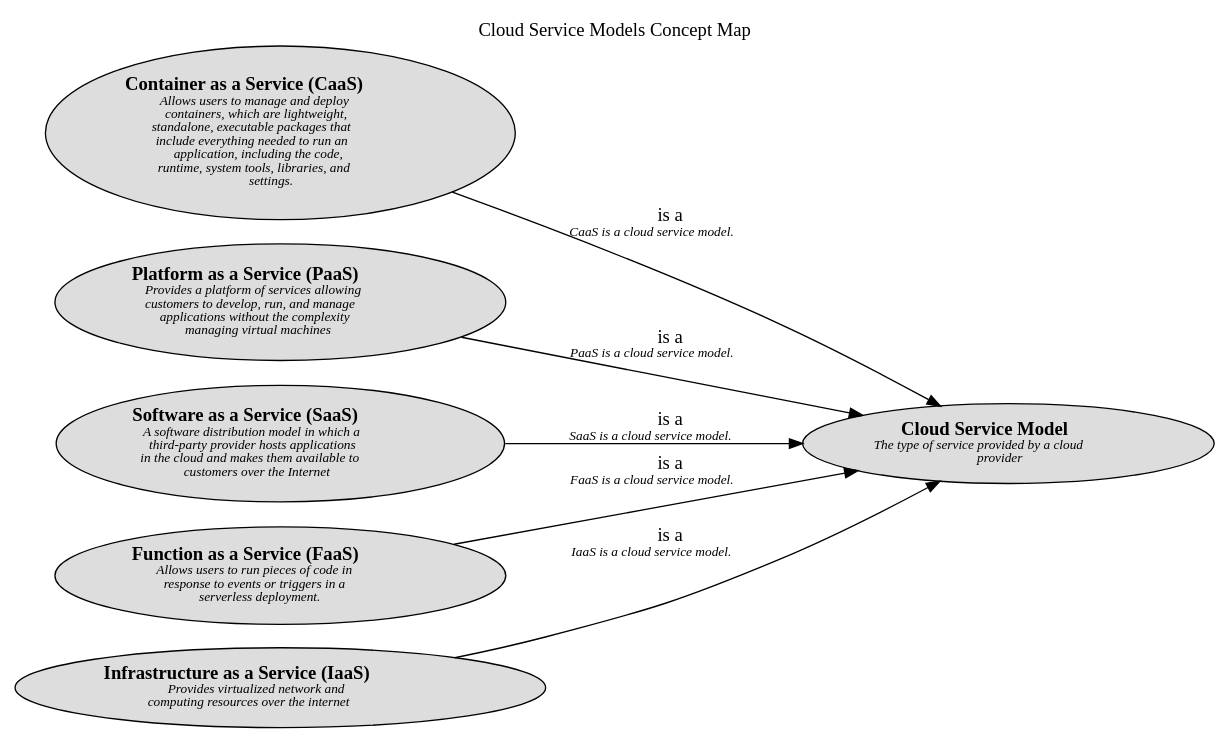
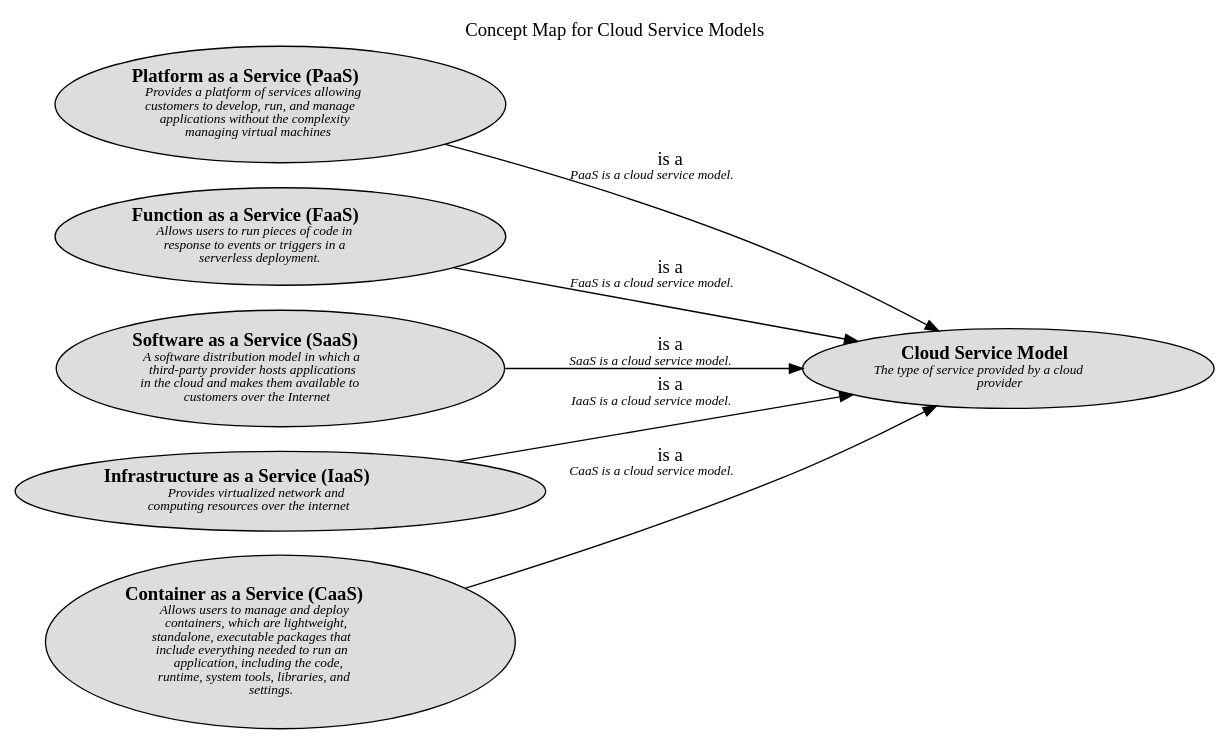
One commit to lsolbach/overarch-models changed the diagram in docs/software-development/cloud/service-model/concept-view.dot. Above: the diagram before and after it, drawn with Graphviz. The commit also changed 120 other files, not shown here.

```diff
--- a/docs/software-development/cloud/service-model/concept-view.dot
+++ b/docs/software-development/cloud/service-model/concept-view.dot
@@ -1,22 +1,22 @@
-digraph "Cloud Service Models Concept Map" {
+digraph "Concept Map for Cloud Service Models" {
   labelloc= "t"
-  label="Cloud Service Models Concept Map"
+  label="Concept Map for Cloud Service Models"
   rankdir="LR"
 
   layout=dot
+software_development_cloud_service_model__paas [shape=ellipse style=filled fillcolor="#dddddd" label=<<B>Platform as a Service (PaaS)</B><BR/><FONT POINT-SIZE="10"><I>Provides a platform of services allowing<BR/>customers to develop, run, and manage<BR/>applications without the complexity<BR/>managing virtual machines </I></FONT>>]
+software_development_cloud_service_model__faas [shape=ellipse style=filled fillcolor="#dddddd" label=<<B>Function as a Service (FaaS)</B><BR/><FONT POINT-SIZE="10"><I>Allows users to run pieces of code in<BR/>response to events or triggers in a<BR/>serverless deployment. </I></FONT>>]
+software_development_cloud_service_model__saas [shape=ellipse style=filled fillcolor="#dddddd" label=<<B>Software as a Service (SaaS)</B><BR/><FONT POINT-SIZE="10"><I>A software distribution model in which a<BR/>third-party provider hosts applications<BR/>in the cloud and makes them available to<BR/>customers over the Internet </I></FONT>>]
+software_development_cloud_service_model__iaas [shape=ellipse style=filled fillcolor="#dddddd" label=<<B>Infrastructure as a Service (IaaS)</B><BR/><FONT POINT-SIZE="10"><I>Provides virtualized network and<BR/>computing resources over the internet </I></FONT>>]
 software_development_cloud_service_model__caas [shape=ellipse style=filled fillcolor="#dddddd" label=<<B>Container as a Service (CaaS)</B><BR/><FONT POINT-SIZE="10"><I>Allows users to manage and deploy<BR/>containers, which are lightweight,<BR/>standalone, executable packages that<BR/>include everything needed to run an<BR/>application, including the code,<BR/>runtime, system tools, libraries, and<BR/>settings. </I></FONT>>]
-software_development_cloud_service_model__paas [shape=ellipse style=filled fillcolor="#dddddd" label=<<B>Platform as a Service (PaaS)</B><BR/><FONT POINT-SIZE="10"><I>Provides a platform of services allowing<BR/>customers to develop, run, and manage<BR/>applications without the complexity<BR/>managing virtual machines </I></FONT>>]
-software_development_cloud_service_model__saas [shape=ellipse style=filled fillcolor="#dddddd" label=<<B>Software as a Service (SaaS)</B><BR/><FONT POINT-SIZE="10"><I>A software distribution model in which a<BR/>third-party provider hosts applications<BR/>in the cloud and makes them available to<BR/>customers over the Internet </I></FONT>>]
-software_development_cloud_service_model__faas [shape=ellipse style=filled fillcolor="#dddddd" label=<<B>Function as a Service (FaaS)</B><BR/><FONT POINT-SIZE="10"><I>Allows users to run pieces of code in<BR/>response to events or triggers in a<BR/>serverless deployment. </I></FONT>>]
-software_development_cloud_service_model__iaas [shape=ellipse style=filled fillcolor="#dddddd" label=<<B>Infrastructure as a Service (IaaS)</B><BR/><FONT POINT-SIZE="10"><I>Provides virtualized network and<BR/>computing resources over the internet </I></FONT>>]
 software_development_cloud__cloud_service_model [shape=ellipse style=filled fillcolor="#dddddd" label=<<B>Cloud Service Model</B><BR/><FONT POINT-SIZE="10"><I>The type of service provided by a cloud<BR/>provider </I></FONT>>]
  
 software_development_cloud_service_model__iaas -> software_development_cloud__cloud_service_model [label=<is a<BR/><FONT POINT-SIZE="10"><I>IaaS is a cloud service model. </I></FONT>>]
 software_development_cloud_service_model__faas -> software_development_cloud__cloud_service_model [label=<is a<BR/><FONT POINT-SIZE="10"><I>FaaS is a cloud service model. </I></FONT>>]
 software_development_cloud_service_model__saas -> software_development_cloud__cloud_service_model [label=<is a<BR/><FONT POINT-SIZE="10"><I>SaaS is a cloud service model. </I></FONT>>]
 software_development_cloud_service_model__paas -> software_development_cloud__cloud_service_model [label=<is a<BR/><FONT POINT-SIZE="10"><I>PaaS is a cloud service model. </I></FONT>>]
 software_development_cloud_service_model__caas -> software_development_cloud__cloud_service_model [label=<is a<BR/><FONT POINT-SIZE="10"><I>CaaS is a cloud service model. </I></FONT>>]
  
 }
 
 // (generated by Overarch with template views/view.dot.cmb)
```
